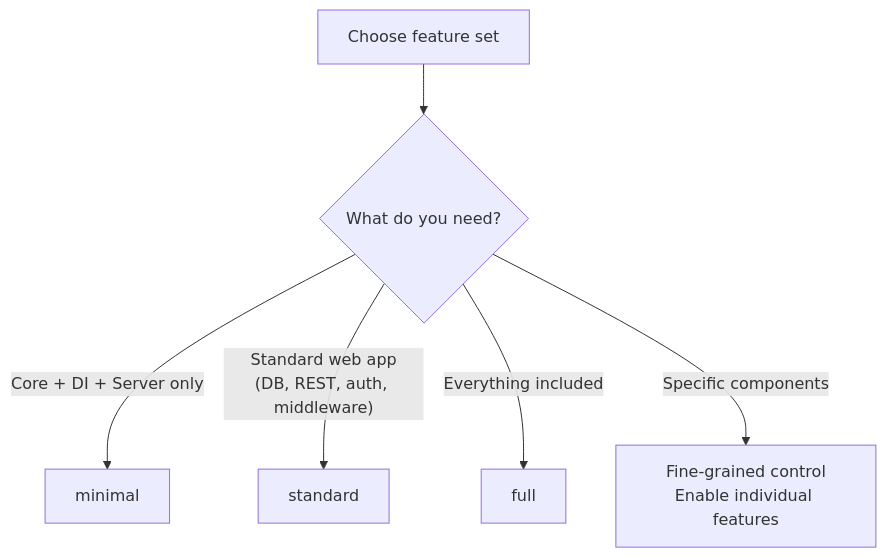
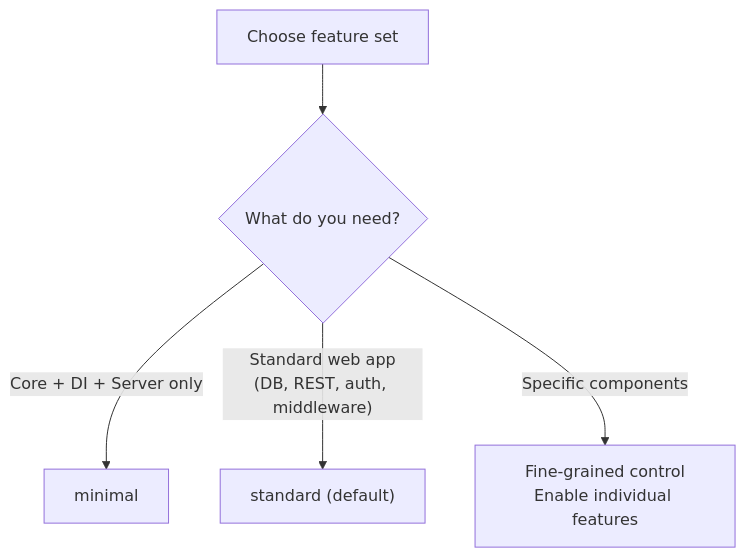
Before and after one commit to kent8192/reinhardt-web: the first of 2 diagrams in instructions/CRATE_STRUCTURE.md, drawn with Mermaid. The commit also changed other lines of this file, not shown here.

````diff
--- a/instructions/CRATE_STRUCTURE.md
+++ b/instructions/CRATE_STRUCTURE.md
@@ -155,8 +192,7 @@
 ```mermaid
 flowchart TD
     A[Choose feature set] --> B{What do you need?}
     B -->|"Core + DI + Server only"| C["minimal"]
-    B -->|"Standard web app<br/>(DB, REST, auth, middleware)"| D["standard"]
-    B -->|"Everything included"| E["full"]
-    B -->|"Specific components"| F["Fine-grained control<br/>Enable individual features"]
+    B -->|"Standard web app<br/>(DB, REST, auth, middleware)"| D["standard (default)"]
+    B -->|"Specific components"| E["Fine-grained control<br/>Enable individual features"]
 ```
````
